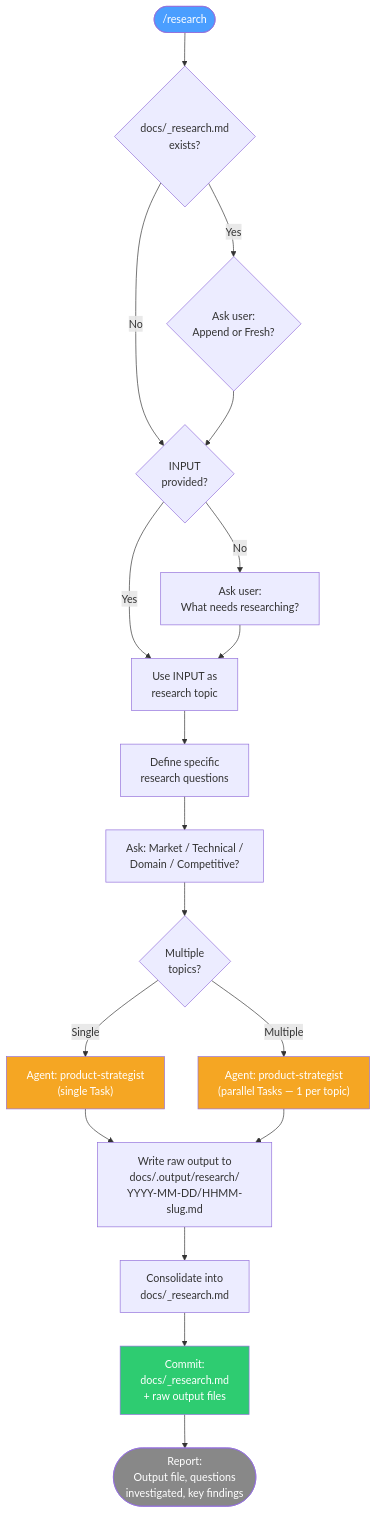
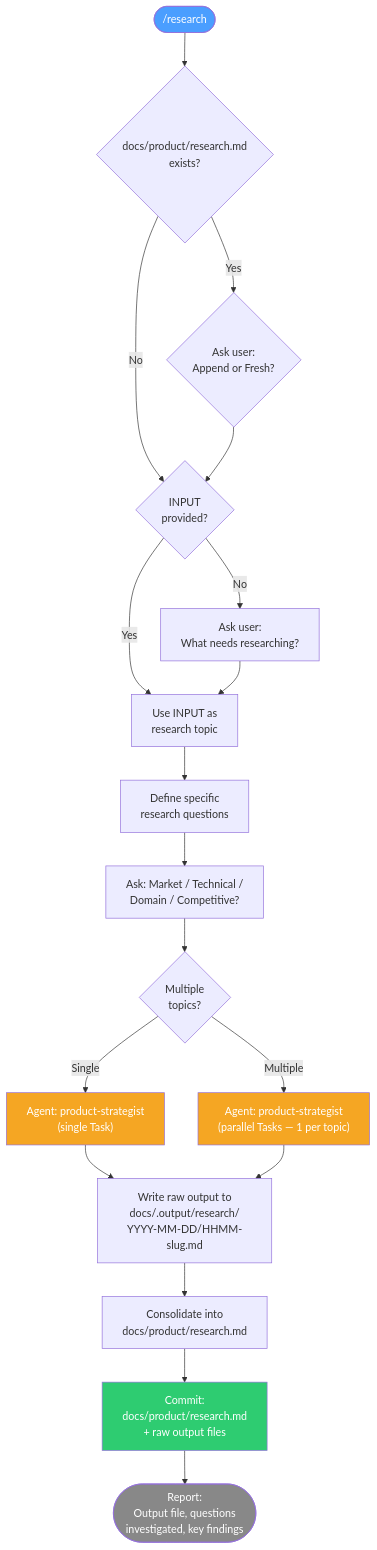
Before and after one commit to Domdhi/Agents.Domdhi: the second of 37 diagrams in docs/reference/commands.md, drawn with Mermaid. The commit also changed other lines of this file and 131 other files, not shown here.

````diff
--- a/docs/reference/commands.md
+++ b/docs/reference/commands.md
@@ -120,31 +120,31 @@
 ```mermaid
 flowchart TD
-    START(["/research"]) --> CHK{docs/_research.md\nexists?}
+    START(["/research"]) --> CHK{docs/product/research.md\nexists?}
     CHK -->|Yes| ASK_MODE{Ask user:\nAppend or Fresh?}
     CHK -->|No| CHK_INPUT{INPUT\nprovided?}
     ASK_MODE --> CHK_INPUT
 
     CHK_INPUT -->|Yes| TOPIC[Use INPUT as\nresearch topic]
     CHK_INPUT -->|No| ASK_TOPIC[Ask user:\nWhat needs researching?]
     ASK_TOPIC --> TOPIC
 
     TOPIC --> DEFINE[Define specific\nresearch questions]
     DEFINE --> ASK_TYPE[Ask: Market / Technical /\nDomain / Competitive?]
 
     ASK_TYPE --> MULTI{Multiple\ntopics?}
     MULTI -->|Single| SINGLE["Agent: product-strategist\n(single Task)"]
     MULTI -->|Multiple| PARALLEL["Agent: product-strategist\n(parallel Tasks — 1 per topic)"]
 
     SINGLE --> RAW[Write raw output to\ndocs/.output/research/\nYYYY-MM-DD/HHMM-slug.md]
     PARALLEL --> RAW
 
-    RAW --> CONSOLIDATE[Consolidate into\ndocs/_research.md]
-    CONSOLIDATE --> COMMIT["Commit:\ndocs/_research.md\n+ raw output files"]
+    RAW --> CONSOLIDATE[Consolidate into\ndocs/product/research.md]
+    CONSOLIDATE --> COMMIT["Commit:\ndocs/product/research.md\n+ raw output files"]
     COMMIT --> REPORT(["Report:\nOutput file, questions\ninvestigated, key findings"])
 
     style START fill:#4a9eff,color:#fff
     style SINGLE fill:#f5a623,color:#fff
     style PARALLEL fill:#f5a623,color:#fff
     style COMMIT fill:#2ecc71,color:#fff
     style REPORT fill:#888,color:#fff
 ```
````
